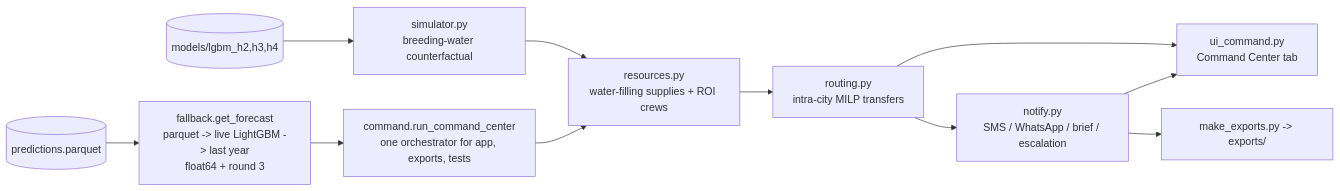
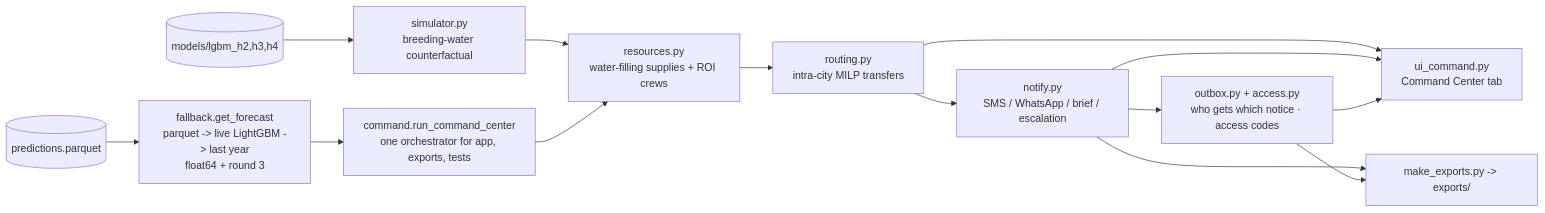
Before and after one commit to fahim75755/HACKATHON-26: the second of 2 diagrams in ARCHITECTURE.md, drawn with Mermaid. The commit also changed other lines of this file and 65 other files, not shown here.

First line of the commit message:
version-onsite-final: commissioner outbox with access codes and SMS-app links

````diff
--- a/ARCHITECTURE.md
+++ b/ARCHITECTURE.md
@@ -130,12 +130,15 @@
 ```mermaid
 flowchart LR
     P[(predictions.parquet)] --> F[fallback.get_forecast<br/>parquet -> live LightGBM -> last year<br/>float64 + round 3]
     F --> C[command.run_command_center<br/>one orchestrator for app, exports, tests]
     M[(models/lgbm_h2,h3,h4)] --> S[simulator.py<br/>breeding-water counterfactual]
     S --> R1[resources.py<br/>water-filling supplies + ROI crews]
     C --> R1 --> R2[routing.py<br/>intra-city MILP transfers]
     R2 --> U[ui_command.py<br/>Command Center tab]
     R2 --> N[notify.py<br/>SMS / WhatsApp / brief / escalation]
     N --> U
     N --> E[make_exports.py -> exports/]
+    N --> O[outbox.py + access.py<br/>who gets which notice · access codes]
+    O --> U
+    O --> E
 ```
````
